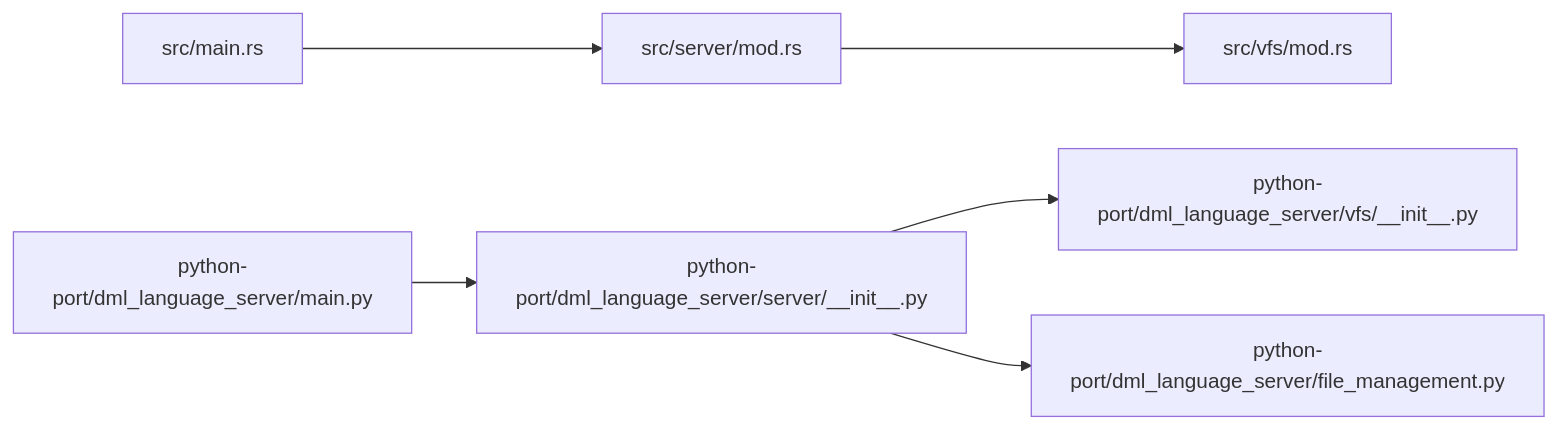
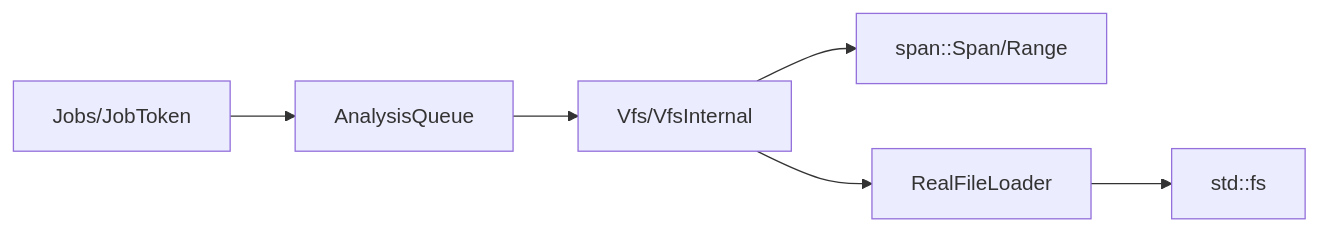
One commit to fenghaitao/dml-language-server changed the tenth of 10 diagrams in .qoder/repowiki/en/content/Virtual File System.md. Above: the diagram before and after it, drawn with Mermaid. The commit also changed other lines of this file and 119 other files, not shown here.

First line of the commit message:
docs(api): add comprehensive API reference for DML Language Server

````diff
--- a/.qoder/repowiki/en/content/Virtual File System.md
+++ b/.qoder/repowiki/en/content/Virtual File System.md
@@ -278,8 +457,8 @@
 ```mermaid
 graph LR
-Main["src/main.rs"] --> Server["src/server/mod.rs"]
-Server --> VFS_R["src/vfs/mod.rs"]
-PyMain["python-port/dml_language_server/main.py"] --> PyServer["python-port/dml_language_server/server/__init__.py"]
-PyServer --> PyVFS["python-port/dml_language_server/vfs/__init__.py"]
-PyServer --> PyFM["python-port/dml_language_server/file_management.py"]
+VFS["Vfs/VfsInternal"] --> SPAN["span::Span/Range"]
+VFS --> LOADER["RealFileLoader"]
+LOADER --> FS["std::fs"]
+AQ["AnalysisQueue"] --> VFS
+CONC["Jobs/JobToken"] --> AQ
 ```
````
